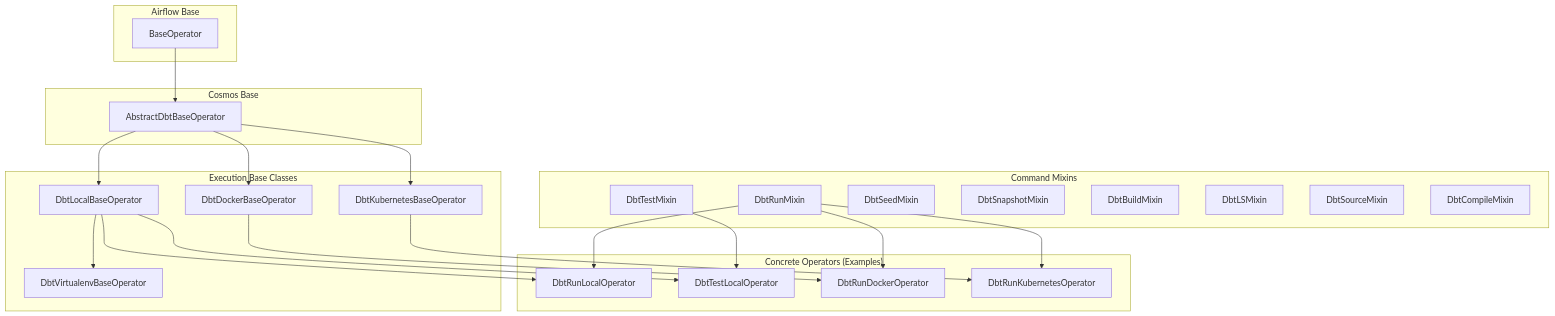
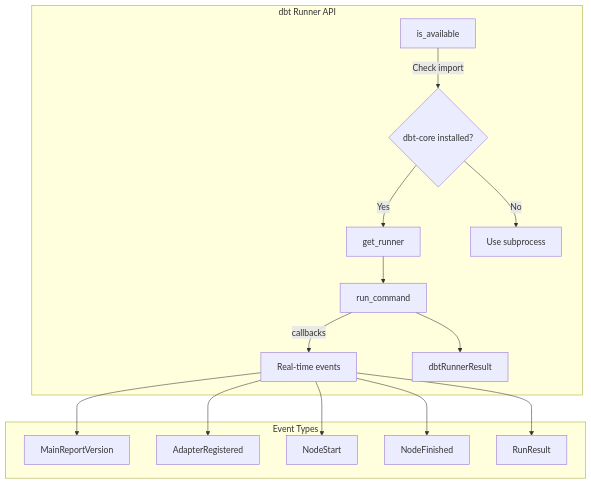
Diagram 16 of 28 in docs/ARCHITECTURE.md (josix/astronomer-cosmos), drawn with Mermaid before and after one commit. The commit also changed other lines of this file, not shown here.

First line of the commit message:
docs: Update architecture documentation with v1.12 features

````diff
--- a/docs/ARCHITECTURE.md
+++ b/docs/ARCHITECTURE.md
@@ -470,53 +707,20 @@
 ```mermaid
-graph TB
-    subgraph "Airflow Base"
-        BO[BaseOperator]
+flowchart TD
+    subgraph "dbt Runner API"
+        CHECK[is_available] --> |"Check import"| AVAIL{dbt-core installed?}
+        AVAIL --> |Yes| RUNNER[get_runner]
+        AVAIL --> |No| FALLBACK[Use subprocess]
+
+        RUNNER --> CMD[run_command]
+        CMD --> |"callbacks"| EVENTS[Real-time events]
+        CMD --> RESULT[dbtRunnerResult]
     end
 
-    subgraph "Cosmos Base"
-        ADBO[AbstractDbtBaseOperator]
+    subgraph "Event Types"
+        EVENTS --> E1[MainReportVersion]
+        EVENTS --> E2[AdapterRegistered]
+        EVENTS --> E3[NodeStart]
+        EVENTS --> E4[NodeFinished]
+        EVENTS --> E5[RunResult]
     end
-
-    subgraph "Command Mixins"
-        RUN[DbtRunMixin]
-        TEST[DbtTestMixin]
-        SEED[DbtSeedMixin]
-        SNAP[DbtSnapshotMixin]
-        BUILD[DbtBuildMixin]
-        LS[DbtLSMixin]
-        SOURCE[DbtSourceMixin]
-        COMPILE[DbtCompileMixin]
-    end
-
-    subgraph "Execution Base Classes"
-        LOCAL[DbtLocalBaseOperator]
-        DOCKER[DbtDockerBaseOperator]
-        K8S[DbtKubernetesBaseOperator]
-        VENV[DbtVirtualenvBaseOperator]
-    end
-
-    subgraph "Concrete Operators (Examples)"
-        RLO[DbtRunLocalOperator]
-        TLO[DbtTestLocalOperator]
-        RDO[DbtRunDockerOperator]
-        RKO[DbtRunKubernetesOperator]
-    end
-
-    BO --> ADBO
-    ADBO --> LOCAL
-    ADBO --> DOCKER
-    ADBO --> K8S
-    LOCAL --> VENV
-
-    RUN --> RLO
-    LOCAL --> RLO
-
-    TEST --> TLO
-    LOCAL --> TLO
-
-    RUN --> RDO
-    DOCKER --> RDO
-
-    RUN --> RKO
-    K8S --> RKO
 ```
````
